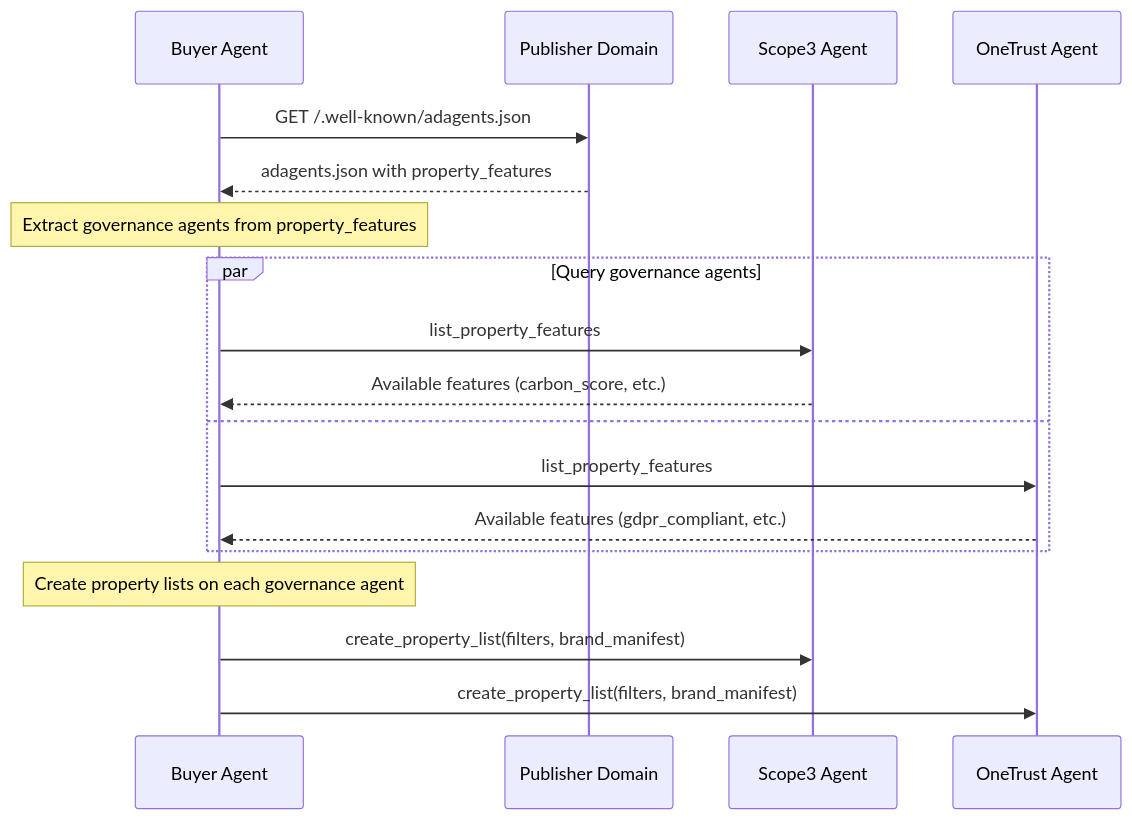
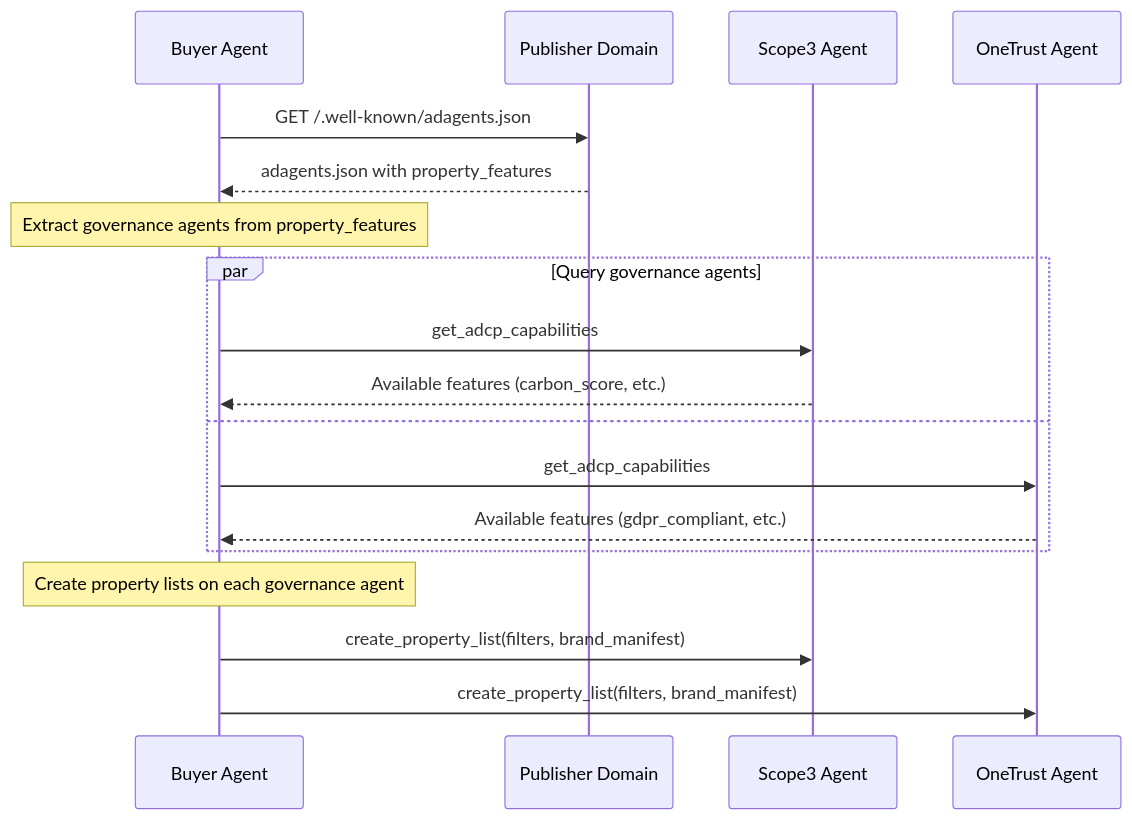
One commit to adcontextprotocol/adcp changed the diagram in docs/governance/property/adagents.mdx. Above: the diagram before and after it, drawn with Mermaid. The commit also changed other lines of this file and 43 other files, not shown here.

First line of the commit message:
docs: Remove v3 deprecated features (list_property_features, list_authorized_properties, adcp-extension)

````diff
--- a/docs/governance/property/adagents.mdx
+++ b/docs/governance/property/adagents.mdx
@@ -545,25 +545,25 @@
 ```mermaid
 sequenceDiagram
     participant Buyer as Buyer Agent
     participant PubDomain as Publisher Domain
     participant Scope3 as Scope3 Agent
     participant OneTrust as OneTrust Agent
 
     Buyer->>PubDomain: GET /.well-known/adagents.json
     PubDomain-->>Buyer: adagents.json with property_features
 
     Note over Buyer: Extract governance agents from property_features
 
     par Query governance agents
-        Buyer->>Scope3: list_property_features
+        Buyer->>Scope3: get_adcp_capabilities
         Scope3-->>Buyer: Available features (carbon_score, etc.)
     and
-        Buyer->>OneTrust: list_property_features
+        Buyer->>OneTrust: get_adcp_capabilities
         OneTrust-->>Buyer: Available features (gdpr_compliant, etc.)
     end
 
     Note over Buyer: Create property lists on each governance agent
 
     Buyer->>Scope3: create_property_list(filters, brand_manifest)
     Buyer->>OneTrust: create_property_list(filters, brand_manifest)
 ```
````
